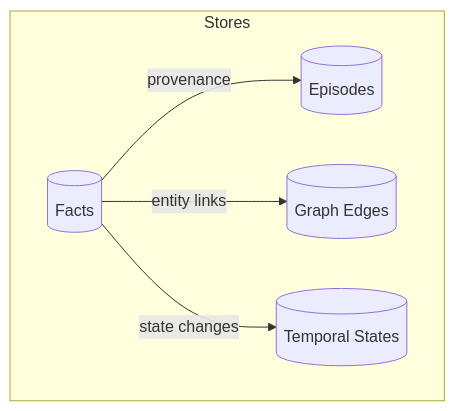
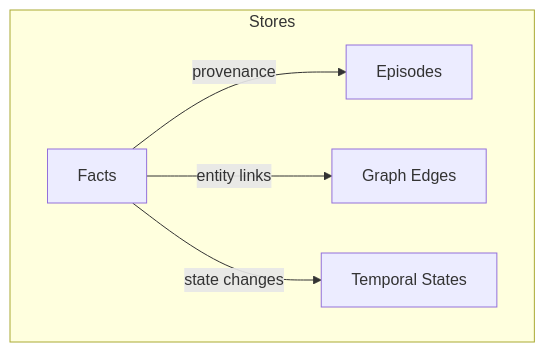
Before and after one commit to siddharthprakash1/LLM_Memory: the second of 3 diagrams in README.md, drawn with Mermaid. The commit also changed other lines of this file, not shown here.

Commit message:
docs: expand README with tables and GitHub-safe Mermaid

````diff
--- a/README.md
+++ b/README.md
@@ -101,13 +140,13 @@
 ```mermaid
 flowchart TB
   subgraph Stores
-    Facts[(Facts)]
-    Episodes[(Episodes)]
-    Temporal[(Temporal States)]
-    Graph[(Graph Edges)]
+    Facts["Facts"]
+    Episodes["Episodes"]
+    Temporal["Temporal States"]
+    Graph["Graph Edges"]
   end
 
   Facts -->|provenance| Episodes
   Facts -->|entity links| Graph
   Facts -->|state changes| Temporal
 ```
````
